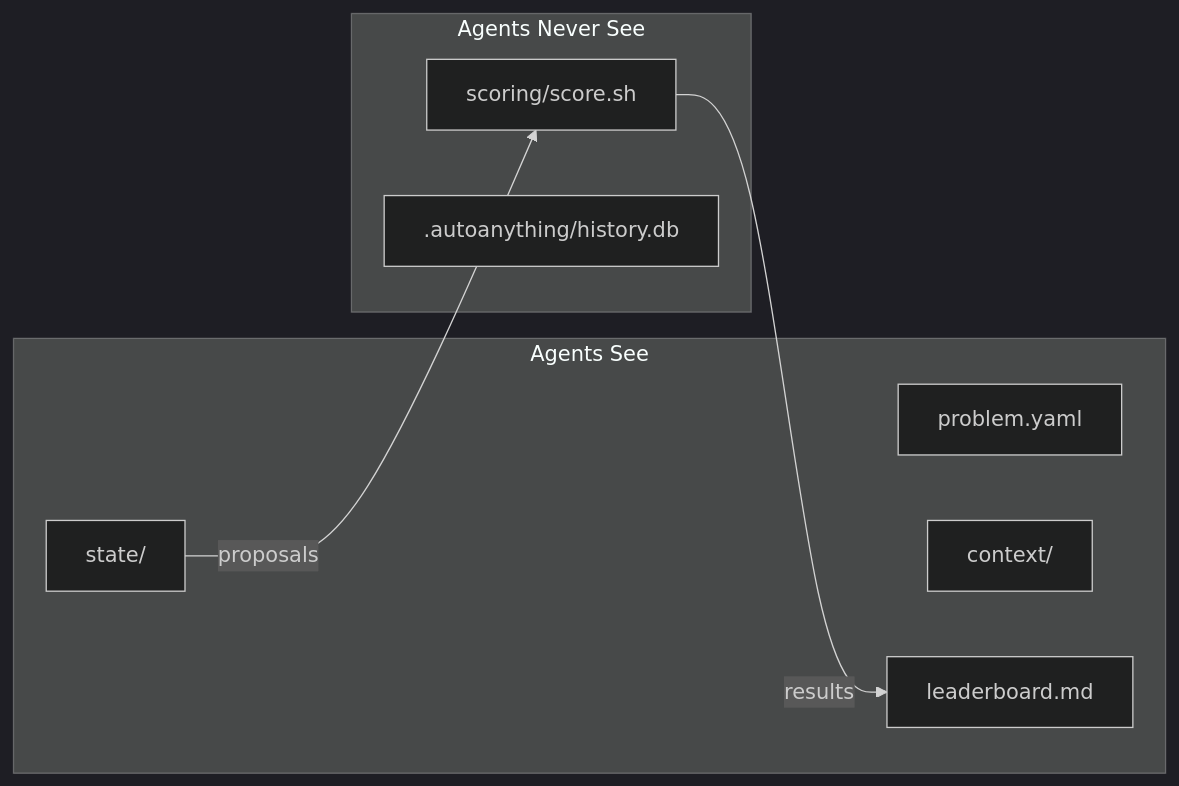
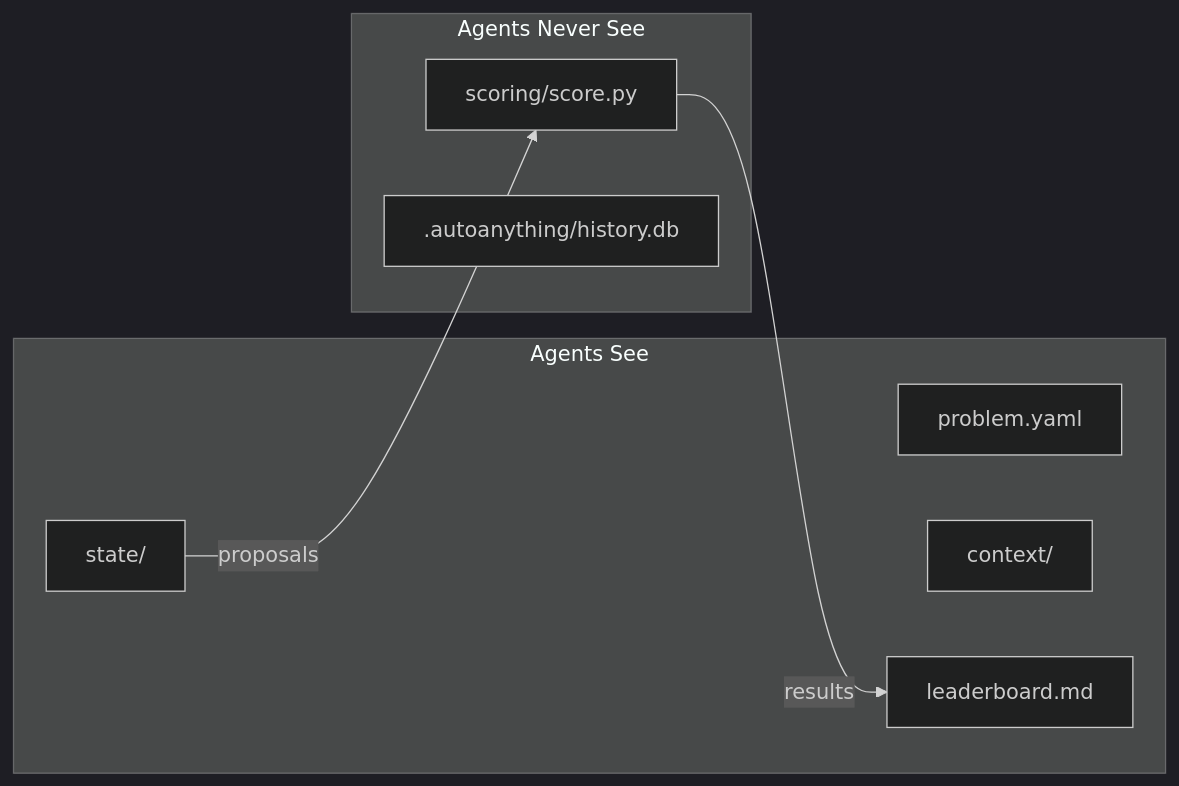
Before and after one commit to kousun12/autoanything: the second of 2 diagrams in README.md, drawn with Mermaid (dark theme). The commit also changed other lines of this file and 1 other file, not shown here.

Commit message:
docs: update scoring instructions

````diff
--- a/README.md
+++ b/README.md
@@ -101,15 +101,15 @@
 ```mermaid
 flowchart LR
     subgraph visible ["Agents See"]
         A["problem.yaml"]
         B["state/"]
         C["context/"]
         D["leaderboard.md"]
     end
     subgraph hidden ["Agents Never See"]
-        E["scoring/score.sh"]
+        E["scoring/score.py"]
         F[".autoanything/history.db"]
     end
     B -->|"proposals"| E
     E -->|"results"| D
 ```
````
